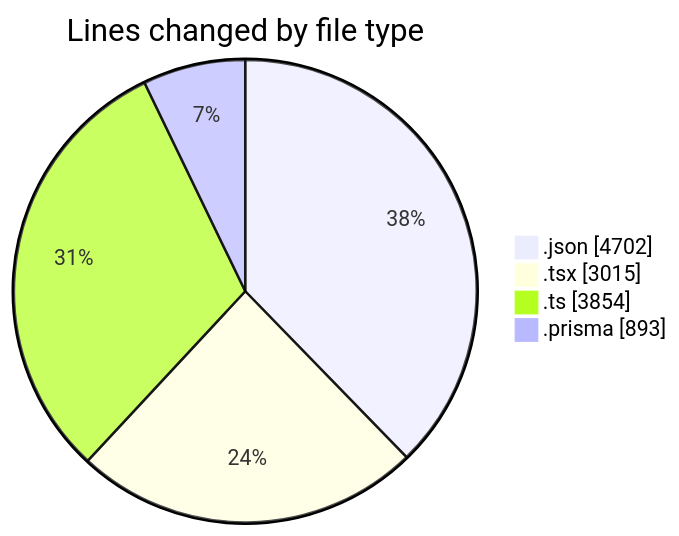
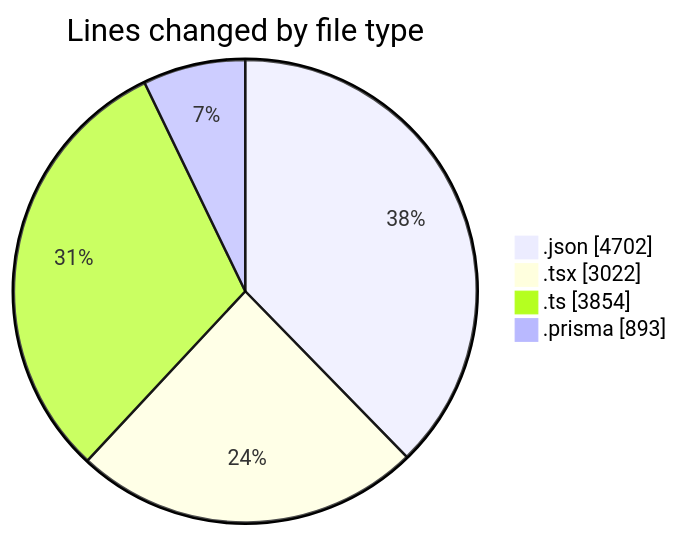
One commit to CELIANVF/code-tracking changed the first of 2 diagrams in 2025-05-05/ecodeli/README.md. Above: the diagram before and after it, drawn with Mermaid. The commit also changed other lines of this file and 1 other file, not shown here.

````diff
--- a/2025-05-05/ecodeli/README.md
+++ b/2025-05-05/ecodeli/README.md
@@ -46,8 +46,8 @@
 ```mermaid
 pie showData
 title Lines changed by file type
 ".json" : 4702
-".tsx" : 3015
+".tsx" : 3022
 ".ts" : 3854
 ".prisma" : 893
 ```
````
